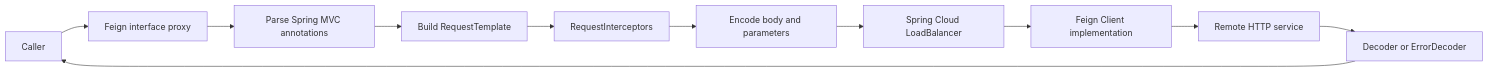
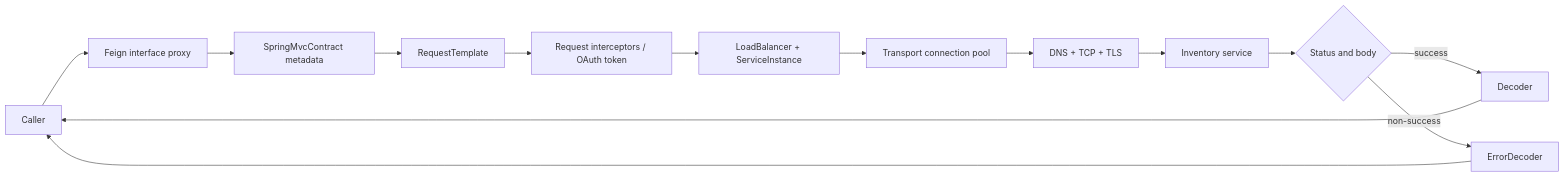
One commit to taukhir/shopverse changed the diagram in documentation/docs/spring/SPRING-OPENFEIGN.md. Above: the diagram before and after it, drawn with Mermaid. The commit also changed other lines of this file and 4530 other files, not shown here.

Commit message:
Refactor shopverse storefront and refresh UI flows

````diff
--- a/documentation/docs/spring/SPRING-OPENFEIGN.md
+++ b/documentation/docs/spring/SPRING-OPENFEIGN.md
@@ -66,13 +106,16 @@
 ```mermaid
 flowchart LR
     Caller --> Proxy["Feign interface proxy"]
-    Proxy --> Contract["Parse Spring MVC annotations"]
-    Contract --> Template["Build RequestTemplate"]
-    Template --> Interceptors["RequestInterceptors"]
-    Interceptors --> Encoder["Encode body and parameters"]
-    Encoder --> LB["Spring Cloud LoadBalancer"]
-    LB --> Client["Feign Client implementation"]
-    Client --> Server["Remote HTTP service"]
-    Server --> Decoder["Decoder or ErrorDecoder"]
+    Proxy --> Contract["SpringMvcContract metadata"]
+    Contract --> Template["RequestTemplate"]
+    Template --> Headers["Request interceptors / OAuth token"]
+    Headers --> LB["LoadBalancer + ServiceInstance"]
+    LB --> Pool["Transport connection pool"]
+    Pool --> DNS["DNS + TCP + TLS"]
+    DNS --> Server["Inventory service"]
+    Server --> Decode{"Status and body"}
+    Decode -->|success| Decoder["Decoder"]
+    Decode -->|non-success| Error["ErrorDecoder"]
     Decoder --> Caller
+    Error --> Caller
 ```
````
